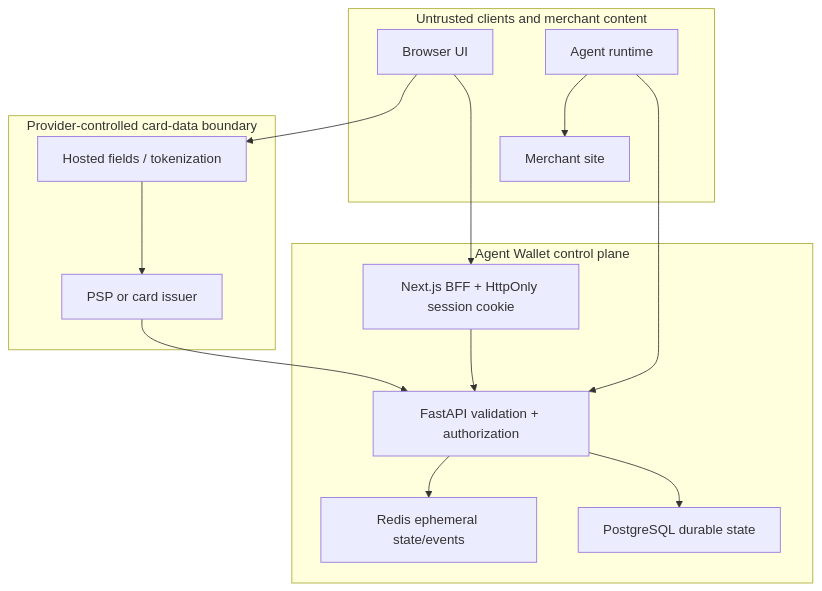
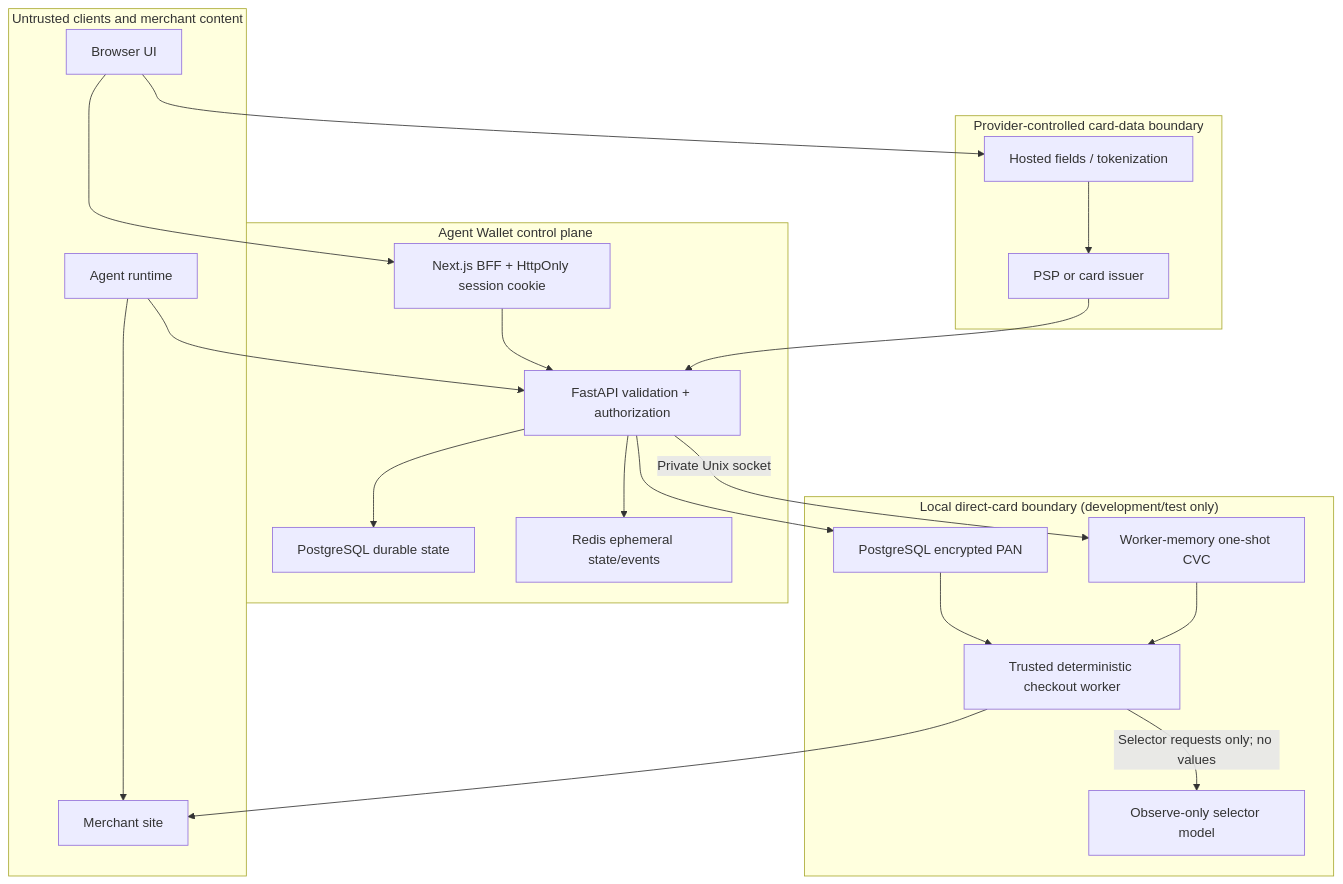
One commit to AG-Pay-Labs/ag-pay changed the second of 3 diagrams in docs/architecture.md. Above: the diagram before and after it, drawn with Mermaid. The commit also changed other lines of this file and 10 other files, not shown here.

````diff
--- a/docs/architecture.md
+++ b/docs/architecture.md
@@ -202,27 +259,39 @@
 ```mermaid
 flowchart TB
     subgraph Untrusted["Untrusted clients and merchant content"]
       UI["Browser UI"]
       AG["Agent runtime"]
       MER["Merchant site"]
     end
     subgraph Control["Agent Wallet control plane"]
       BFF["Next.js BFF + HttpOnly session cookie"]
       API["FastAPI validation + authorization"]
       DB["PostgreSQL durable state"]
       REDIS["Redis ephemeral state/events"]
     end
     subgraph CardBoundary["Provider-controlled card-data boundary"]
       HF["Hosted fields / tokenization"]
       PI["PSP or card issuer"]
     end
+    subgraph LocalResearch["Local direct-card boundary (development/test only)"]
+      ECPAN["PostgreSQL encrypted PAN"]
+      CVC["Worker-memory one-shot CVC"]
+      WORKER["Trusted deterministic checkout worker"]
+      OBSERVE["Observe-only selector model"]
+    end
     UI --> BFF
     BFF --> API
     AG --> API
     API --> DB
     API --> REDIS
     UI --> HF
     HF --> PI
     PI --> API
     AG --> MER
+    API --> ECPAN
+    API -->|"Private Unix socket"| CVC
+    ECPAN --> WORKER
+    CVC --> WORKER
+    WORKER -->|"Selector requests only; no values"| OBSERVE
+    WORKER --> MER
 ```
````
